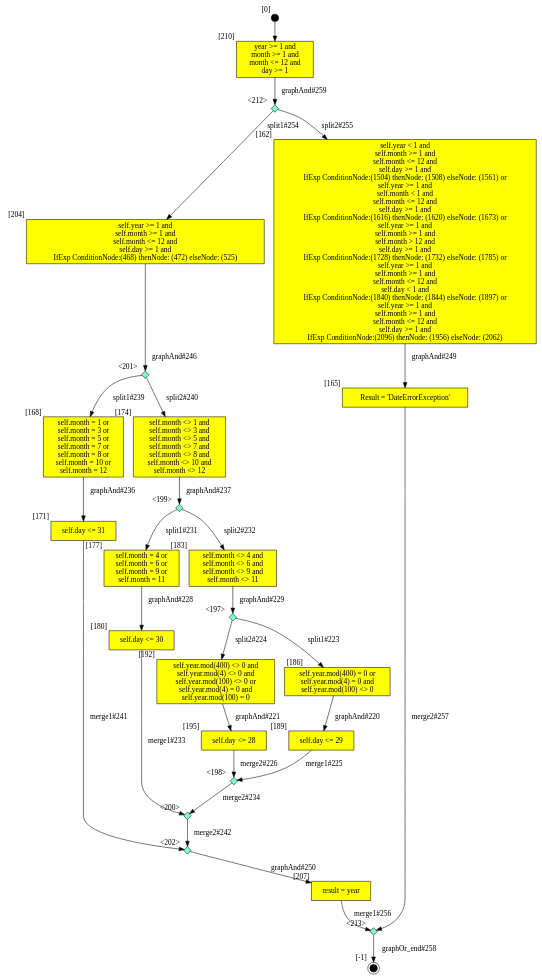
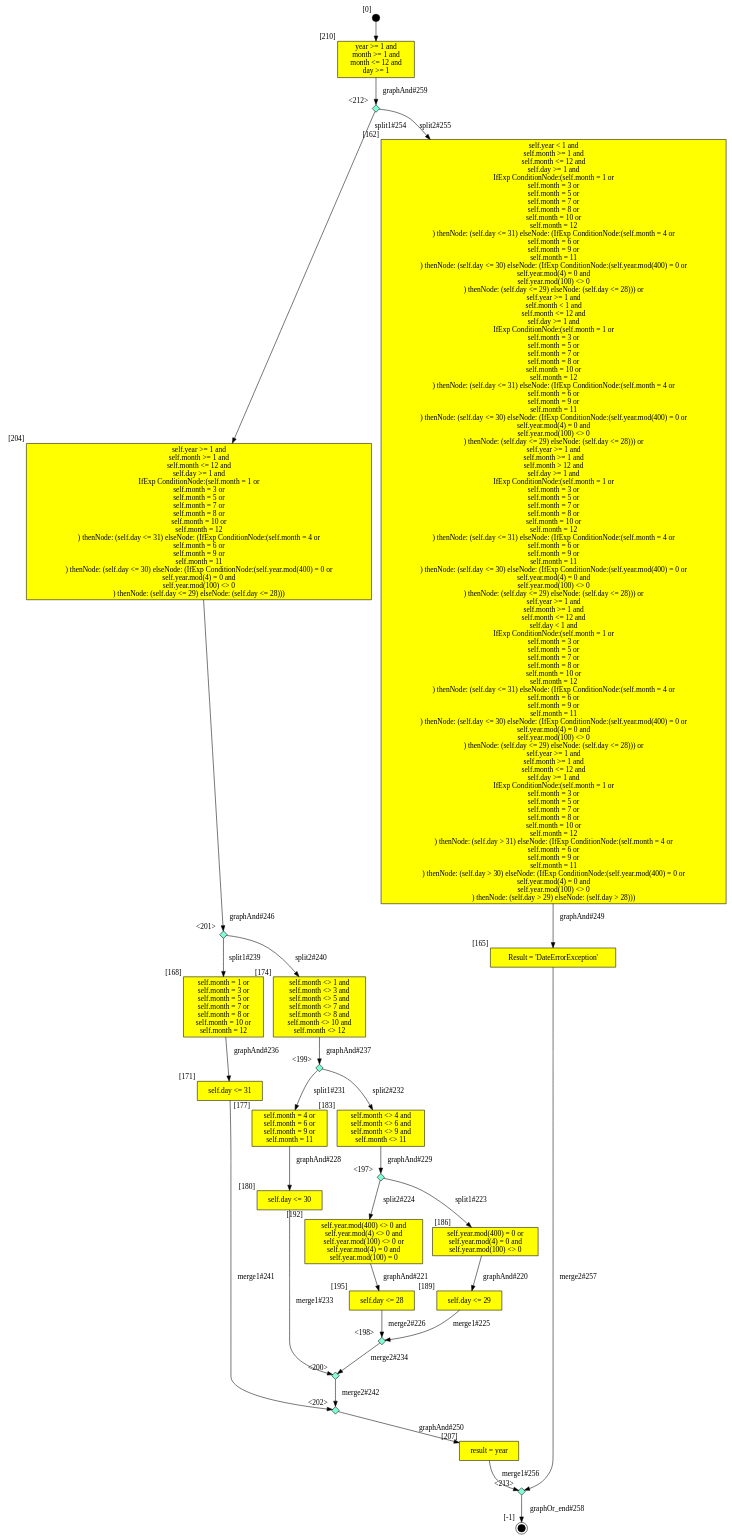
Before and after one commit to SamHseih/ocl-testcase-generator: the diagram in output/CLG/Date/tcgen_Date_getYear_DC.dot, drawn with Graphviz. The commit also changed 1691 other files, not shown here.

```diff
--- a/output/CLG/Date/tcgen_Date_getYear_DC.dot
+++ b/output/CLG/Date/tcgen_Date_getYear_DC.dot
@@ -16,7 +16,21 @@
 self.month >= 1 and
 self.month <= 12 and
 self.day >= 1 and
-IfExp ConditionNode:(468) thenNode: (472) elseNode: (525)
+IfExp ConditionNode:(self.month = 1 or
+self.month = 3 or
+self.month = 5 or
+self.month = 7 or
+self.month = 8 or
+self.month = 10 or
+self.month = 12
+) thenNode: (self.day <= 31) elseNode: (IfExp ConditionNode:(self.month = 4 or
+self.month = 6 or
+self.month = 9 or
+self.month = 11
+) thenNode: (self.day <= 30) elseNode: (IfExp ConditionNode:(self.year.mod(400) = 0 or
+self.year.mod(4) = 0 and
+self.year.mod(100) <> 0
+) thenNode: (self.day <= 29) elseNode: (self.day <= 28)))
 ", style=filled, fillcolor=yellow, xlabel="[204]"];
   207 [shape="box", label="result = year", style=filled, fillcolor=yellow, xlabel="[207]"];
   209 [style=filled, fillcolor=black, shape="circle", label="", fixedsize=true, width=.2, height=.2, xlabel="[0]"];
@@ -31,27 +45,97 @@
 self.month >= 1 and
 self.month <= 12 and
 self.day >= 1 and
-IfExp ConditionNode:(1504) thenNode: (1508) elseNode: (1561) or
+IfExp ConditionNode:(self.month = 1 or
+self.month = 3 or
+self.month = 5 or
+self.month = 7 or
+self.month = 8 or
+self.month = 10 or
+self.month = 12
+) thenNode: (self.day <= 31) elseNode: (IfExp ConditionNode:(self.month = 4 or
+self.month = 6 or
+self.month = 9 or
+self.month = 11
+) thenNode: (self.day <= 30) elseNode: (IfExp ConditionNode:(self.year.mod(400) = 0 or
+self.year.mod(4) = 0 and
+self.year.mod(100) <> 0
+) thenNode: (self.day <= 29) elseNode: (self.day <= 28))) or
 self.year >= 1 and
 self.month < 1 and
 self.month <= 12 and
 self.day >= 1 and
-IfExp ConditionNode:(1616) thenNode: (1620) elseNode: (1673) or
+IfExp ConditionNode:(self.month = 1 or
+self.month = 3 or
+self.month = 5 or
+self.month = 7 or
+self.month = 8 or
+self.month = 10 or
+self.month = 12
+) thenNode: (self.day <= 31) elseNode: (IfExp ConditionNode:(self.month = 4 or
+self.month = 6 or
+self.month = 9 or
+self.month = 11
+) thenNode: (self.day <= 30) elseNode: (IfExp ConditionNode:(self.year.mod(400) = 0 or
+self.year.mod(4) = 0 and
+self.year.mod(100) <> 0
+) thenNode: (self.day <= 29) elseNode: (self.day <= 28))) or
 self.year >= 1 and
 self.month >= 1 and
 self.month > 12 and
 self.day >= 1 and
-IfExp ConditionNode:(1728) thenNode: (1732) elseNode: (1785) or
+IfExp ConditionNode:(self.month = 1 or
+self.month = 3 or
+self.month = 5 or
+self.month = 7 or
+self.month = 8 or
+self.month = 10 or
+self.month = 12
+) thenNode: (self.day <= 31) elseNode: (IfExp ConditionNode:(self.month = 4 or
+self.month = 6 or
+self.month = 9 or
+self.month = 11
+) thenNode: (self.day <= 30) elseNode: (IfExp ConditionNode:(self.year.mod(400) = 0 or
+self.year.mod(4) = 0 and
+self.year.mod(100) <> 0
+) thenNode: (self.day <= 29) elseNode: (self.day <= 28))) or
 self.year >= 1 and
 self.month >= 1 and
 self.month <= 12 and
 self.day < 1 and
-IfExp ConditionNode:(1840) thenNode: (1844) elseNode: (1897) or
+IfExp ConditionNode:(self.month = 1 or
+self.month = 3 or
+self.month = 5 or
+self.month = 7 or
+self.month = 8 or
+self.month = 10 or
+self.month = 12
+) thenNode: (self.day <= 31) elseNode: (IfExp ConditionNode:(self.month = 4 or
+self.month = 6 or
+self.month = 9 or
+self.month = 11
+) thenNode: (self.day <= 30) elseNode: (IfExp ConditionNode:(self.year.mod(400) = 0 or
+self.year.mod(4) = 0 and
+self.year.mod(100) <> 0
+) thenNode: (self.day <= 29) elseNode: (self.day <= 28))) or
 self.year >= 1 and
 self.month >= 1 and
 self.month <= 12 and
 self.day >= 1 and
-IfExp ConditionNode:(2096) thenNode: (1956) elseNode: (2062)
+IfExp ConditionNode:(self.month = 1 or
+self.month = 3 or
+self.month = 5 or
+self.month = 7 or
+self.month = 8 or
+self.month = 10 or
+self.month = 12
+) thenNode: (self.day > 31) elseNode: (IfExp ConditionNode:(self.month = 4 or
+self.month = 6 or
+self.month = 9 or
+self.month = 11
+) thenNode: (self.day > 30) elseNode: (IfExp ConditionNode:(self.year.mod(400) = 0 or
+self.year.mod(4) = 0 and
+self.year.mod(100) <> 0
+) thenNode: (self.day > 29) elseNode: (self.day > 28)))
 ", style=filled, fillcolor=yellow, xlabel="[162]"];
   165 [shape="box", label="Result = 'DateErrorException'", style=filled, fillcolor=yellow, xlabel="[165]"];
   166 [style=filled, fillcolor=black, shape="doublecircle", label="", fixedsize=true, width=.2, height=.2, xlabel="[-1]"];
```
